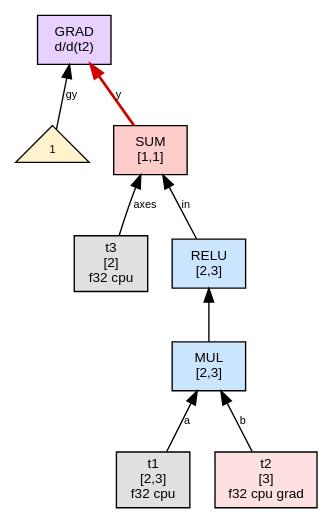
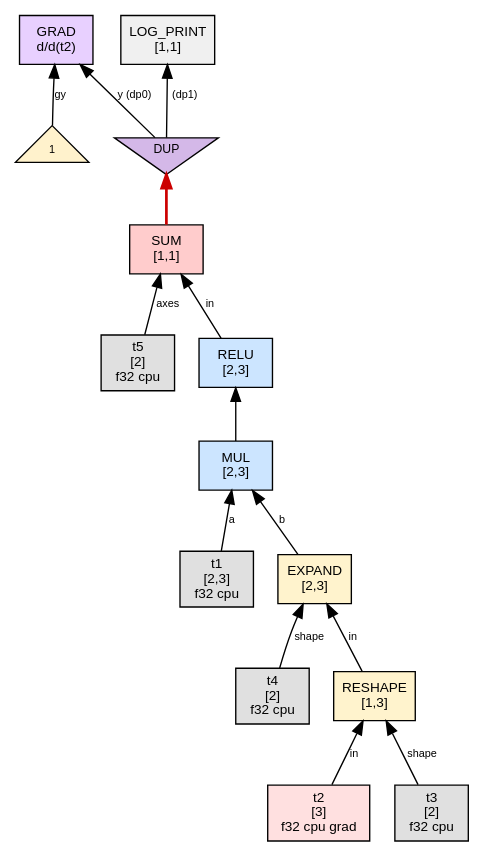
One commit to sw1sh/TinyHVM changed the diagram in phase1_graphs/tiny_single_param/step_000_state_init.dot. Above: the diagram before and after it, drawn with Graphviz. The commit also changed 751 other files, not shown here.

First line of the commit message:
test: refresh canonical tiny phase graph archives

```diff
--- a/phase1_graphs/tiny_single_param/step_000_state_init.dot
+++ b/phase1_graphs/tiny_single_param/step_000_state_init.dot
@@ -1,23 +1,35 @@
 digraph G {
   // PREV_INTERACTION: state_init
-  // NEXT_INTERACTION: interact_grad_on_SUM
+  // NEXT_INTERACTION: interact_DP0
   rankdir=BT;
   node [fontname="Helvetica", fontsize=10, style=filled, shape=box, margin="0.1,0.05"];
   edge [fontsize=8, fontname="Helvetica"];
 
-  n1 [label="MUL\n[2,3]", shape=box, fillcolor="#cce5ff"];
+  n1 [label="RESHAPE\n[1,3]", shape=box, fillcolor="#fff3cd"];
+  t2 [label="t2\n[3]\nf32 cpu grad",shape=box,fillcolor="#ffe0e0"];
+  t2 -> n1 [label="in"];
+  t3 [label="t3\n[2]\nf32 cpu",shape=box,fillcolor="#e0e0e0"];
+  t3 -> n1 [label="shape"];
+  n5 [label="EXPAND\n[2,3]", shape=box, fillcolor="#fff3cd"];
+  n1 -> n5 [label="in"];
+  t4 [label="t4\n[2]\nf32 cpu",shape=box,fillcolor="#e0e0e0"];
+  t4 -> n5 [label="shape"];
+  n9 [label="MUL\n[2,3]", shape=box, fillcolor="#cce5ff"];
   t1 [label="t1\n[2,3]\nf32 cpu",shape=box,fillcolor="#e0e0e0"];
-  t1 -> n1 [label="a"];
-  t2 [label="t2\n[3]\nf32 cpu grad",shape=box,fillcolor="#ffe0e0"];
-  t2 -> n1 [label="b"];
-  n5 [label="RELU\n[2,3]", shape=box, fillcolor="#cce5ff"];
-  n1 -> n5 [label=""];
-  n9 [label="SUM\n[1,1]", shape=box, fillcolor="#ffcccc"];
-  n5 -> n9 [label="in"];
-  t3 [label="t3\n[2]\nf32 cpu",shape=box,fillcolor="#e0e0e0"];
-  t3 -> n9 [label="axes"];
-  n13 [label="GRAD\nd/d(t2)", shape=box, fillcolor="#e8d0ff"];
-  n9 -> n13 [label="y",color="#cc0000",penwidth=2.0];
-  num13_1 [label="1",shape=triangle,fillcolor="#fff2cc",fontsize=8];
-  num13_1 -> n13 [label="gy"];
+  t1 -> n9 [label="a"];
+  n5 -> n9 [label="b"];
+  n13 [label="RELU\n[2,3]", shape=box, fillcolor="#cce5ff"];
+  n9 -> n13 [label=""];
+  n17 [label="SUM\n[1,1]", shape=box, fillcolor="#ffcccc"];
+  n13 -> n17 [label="in"];
+  t5 [label="t5\n[2]\nf32 cpu",shape=box,fillcolor="#e0e0e0"];
+  t5 -> n17 [label="axes"];
+  n23 [label="LOG_PRINT\n[1,1]", shape=box, fillcolor="#f0f0f0"];
+  dup24 [label="DUP", shape=invtriangle, fillcolor="#d4b8e8", fontsize=9, width=0.7, height=0.5];
+  n17 -> dup24 [color="#cc0000",penwidth=2.0];
+  dup24 -> n23 [label=" (dp1)"];
+  n21 [label="GRAD\nd/d(t2)", shape=box, fillcolor="#e8d0ff"];
+  dup24 -> n21 [label="y (dp0)"];
+  num21_1 [label="1",shape=triangle,fillcolor="#fff2cc",fontsize=8];
+  num21_1 -> n21 [label="gy"];
 }
```
